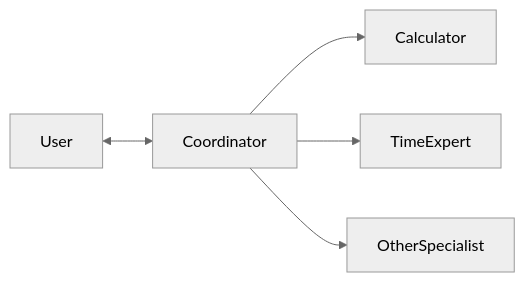
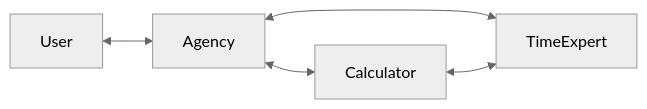
The second of 2 diagrams in docs/concepts/agency.md (sandrich/bedrock-swarm), drawn with Mermaid (neutral theme) before and after one commit. The commit also changed other lines of this file and 14 other files, not shown here.

````diff
--- a/docs/concepts/agency.md
+++ b/docs/concepts/agency.md
@@ -60,7 +67,7 @@
 ```mermaid
 graph LR
-    User[User] <--> Coordinator
-    Coordinator --> Calculator
-    Coordinator --> TimeExpert
-    Coordinator --> OtherSpecialist
+    User[User] <--> Agency
+    Agency <--> Calculator
+    Agency <--> TimeExpert
+    Calculator <--> TimeExpert
 ```
````
